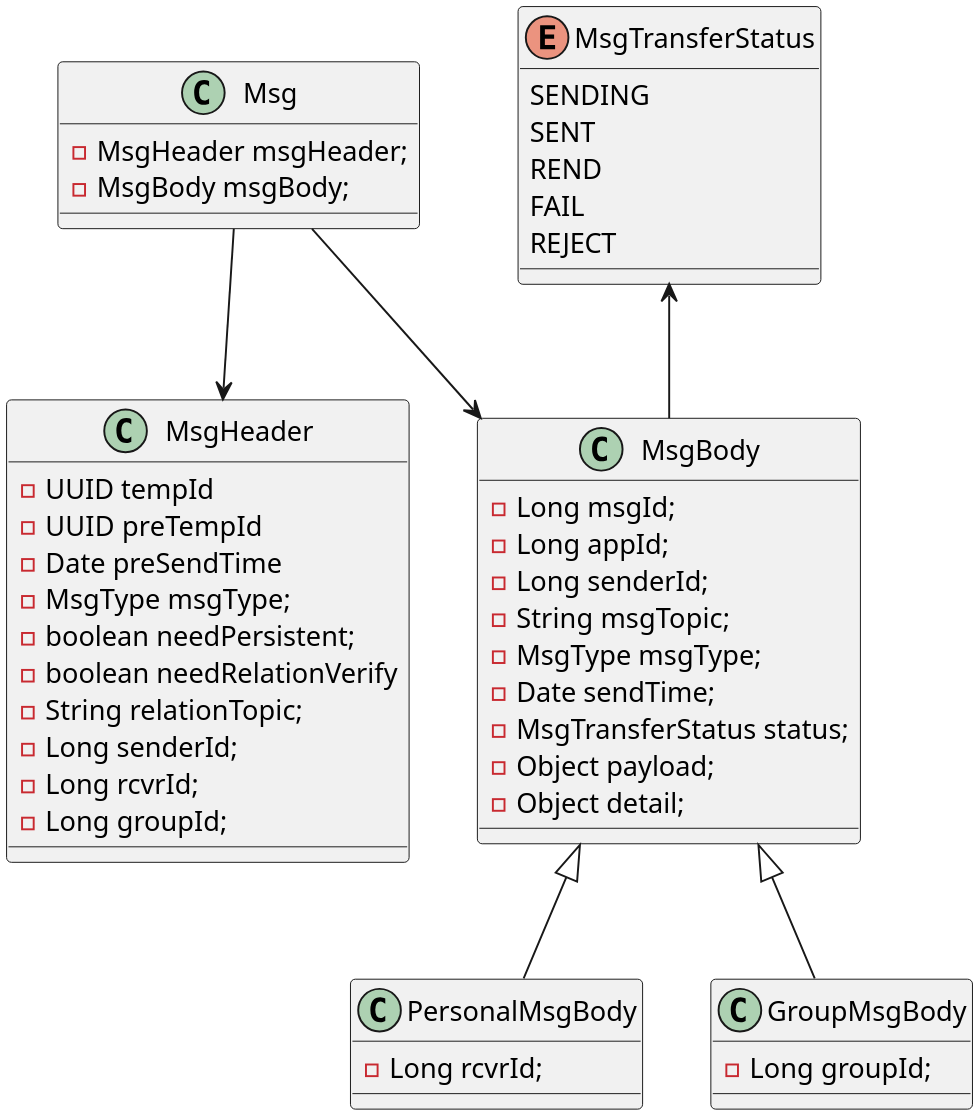
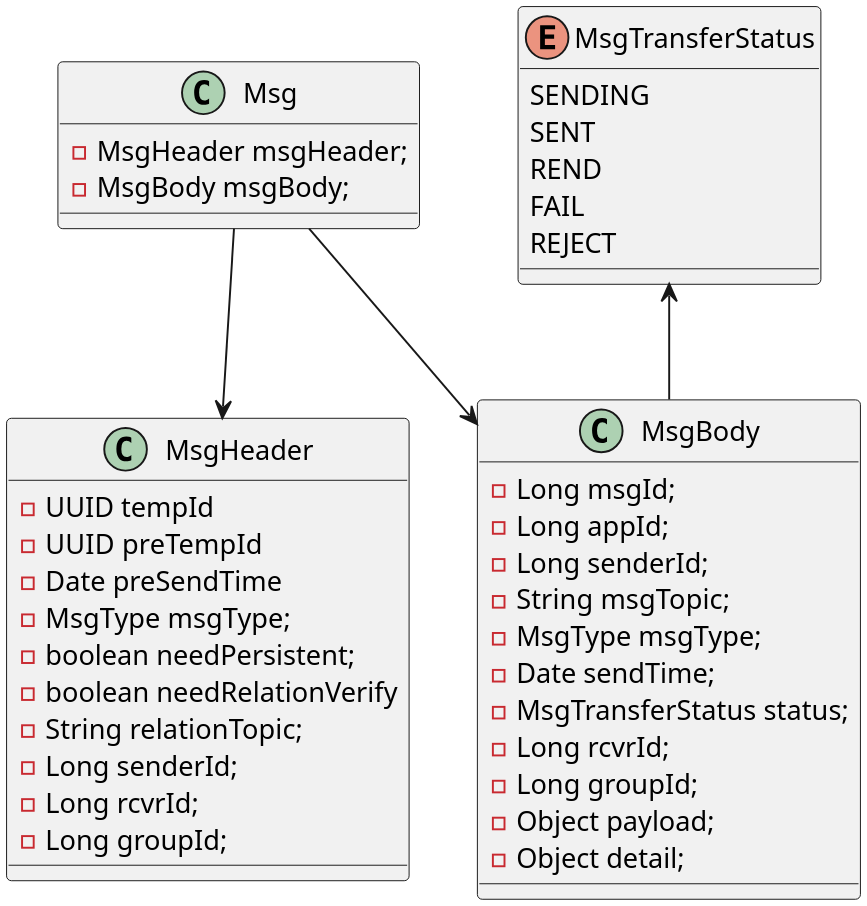
One commit to Etherealss/MessagePusher changed the diagram in uml/模型/消息结构.puml. Above: the diagram before and after it, drawn with PlantUML. The commit also changed 6 other files, not shown here.

```diff
--- a/uml/模型/消息结构.puml
+++ b/uml/模型/消息结构.puml
@@ -1,60 +1,55 @@
 @startuml
 skinparam shadowing false
 skinparam defaultFontName xfonts-wqy
 skinparam dpi 300
 skinparam activity  {
     DiamondFontSize 14
     ArrowFontSize 14
     FontSize 14
 }
 
 class Msg {
     - MsgHeader msgHeader;
     - MsgBody msgBody;
 }
 
 Msg --> MsgHeader
 Msg --> MsgBody
 
 class MsgHeader {
     - UUID tempId
     - UUID preTempId
     - Date preSendTime
     - MsgType msgType;
     - boolean needPersistent;
     - boolean needRelationVerify
     - String relationTopic;
     - Long senderId;
     - Long rcvrId;
     - Long groupId;
 }
 
 class MsgBody {
     - Long msgId;
     - Long appId;
     - Long senderId;
     - String msgTopic;
     - MsgType msgType;
     - Date sendTime;
     - MsgTransferStatus status;
+    - Long rcvrId;
+    - Long groupId;
     - Object payload;
     - Object detail;
-}
-class PersonalMsgBody extends MsgBody {
-    - Long rcvrId;
-}
-
-class GroupMsgBody extends MsgBody {
-    - Long groupId;
 }
 
 enum MsgTransferStatus {
     SENDING
     SENT
     REND
     FAIL
     REJECT
 }
 
 MsgTransferStatus <-- MsgBody
 @enduml
```
